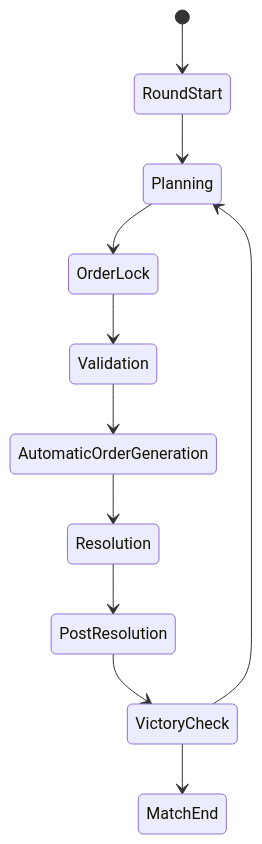
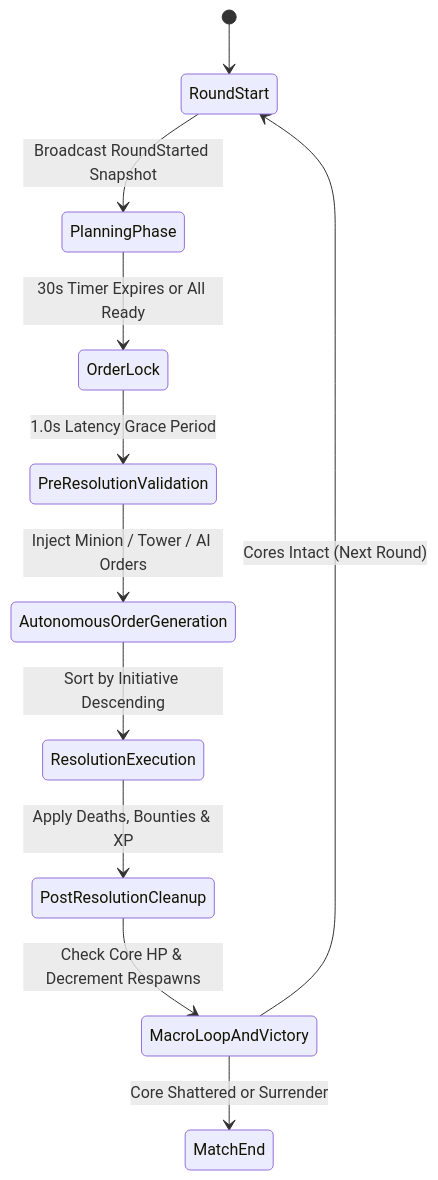
One commit to garnizeh/hexabellum changed the sixth of 11 diagrams in docs/overview.md. Above: the diagram before and after it, drawn with Mermaid. The commit also changed other lines of this file and 11 other files, not shown here.

````diff
--- a/docs/overview.md
+++ b/docs/overview.md
@@ -624,13 +340,13 @@
 ```mermaid
 stateDiagram-v2
     [*] --> RoundStart
-    RoundStart --> Planning
-    Planning --> OrderLock
-    OrderLock --> Validation
-    Validation --> AutomaticOrderGeneration
-    AutomaticOrderGeneration --> Resolution
-    Resolution --> PostResolution
-    PostResolution --> VictoryCheck
-    VictoryCheck --> Planning
-    VictoryCheck --> MatchEnd
+    RoundStart --> PlanningPhase: Broadcast RoundStarted Snapshot
+    PlanningPhase --> OrderLock: 30s Timer Expires or All Ready
+    OrderLock --> PreResolutionValidation: 1.0s Latency Grace Period
+    PreResolutionValidation --> AutonomousOrderGeneration: Inject Minion / Tower / AI Orders
+    AutonomousOrderGeneration --> ResolutionExecution: Sort by Initiative Descending
+    ResolutionExecution --> PostResolutionCleanup: Apply Deaths, Bounties & XP
+    PostResolutionCleanup --> MacroLoopAndVictory: Check Core HP & Decrement Respawns
+    MacroLoopAndVictory --> RoundStart: Cores Intact (Next Round)
+    MacroLoopAndVictory --> MatchEnd: Core Shattered or Surrender
 ```
````
